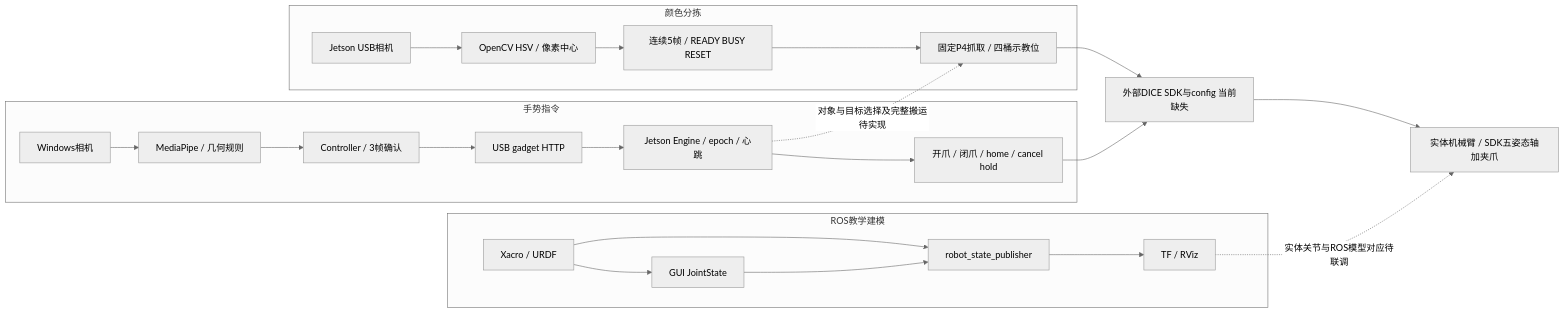
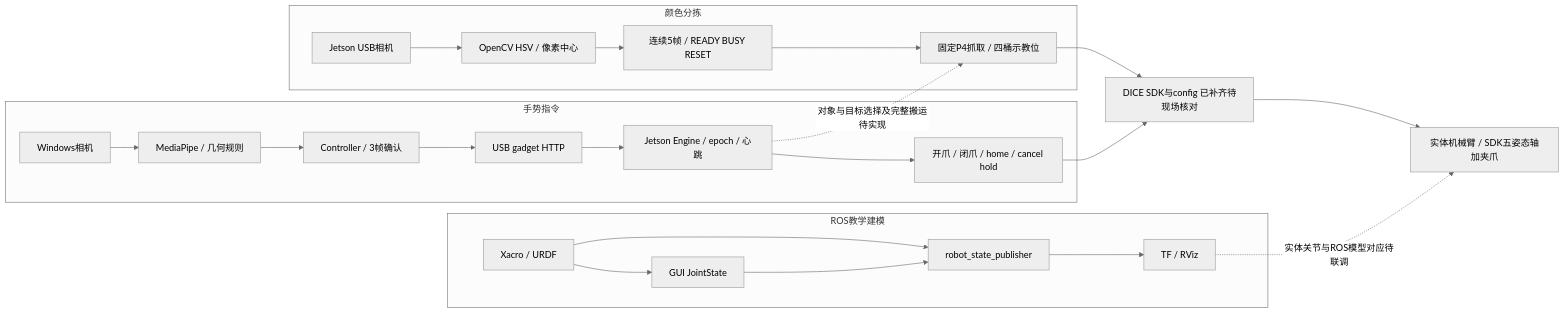
One commit to Frankie417/ros_work changed the diagram in robot_ws/README.md. Above: the diagram before and after it, drawn with Mermaid (neutral theme). The commit also changed other lines of this file and 497 other files, not shown here.

````diff
--- a/robot_ws/README.md
+++ b/robot_ws/README.md
@@ -17,26 +21,26 @@
 ```mermaid
 flowchart LR
   subgraph ROS教学建模
     X[Xacro / URDF] --> J[GUI JointState]
     X --> P[robot_state_publisher]
     J --> P
     P --> V[TF / RViz]
   end
   subgraph 颜色分拣
     C[Jetson USB相机] --> H[OpenCV HSV / 像素中心]
     H --> S[连续5帧 / READY BUSY RESET]
     S --> F[固定P4抓取 / 四桶示教位]
   end
   subgraph 手势指令
     W[Windows相机] --> MP[MediaPipe / 几何规则]
     MP --> CT[Controller / 3帧确认]
     CT --> HTTP[USB gadget HTTP]
     HTTP --> E[Jetson Engine / epoch / 心跳]
     E --> I[开爪 / 闭爪 / home / cancel hold]
   end
-  F --> SDK[外部DICE SDK与config 当前缺失]
+  F --> SDK[DICE SDK与config 已补齐待现场核对]
   I --> SDK
   SDK --> ARM[实体机械臂 / SDK五姿态轴加夹爪]
   V -. 实体关节与ROS模型对应待联调 .-> ARM
   E -. 对象与目标选择及完整搬运待实现 .-> F
 ```
````
